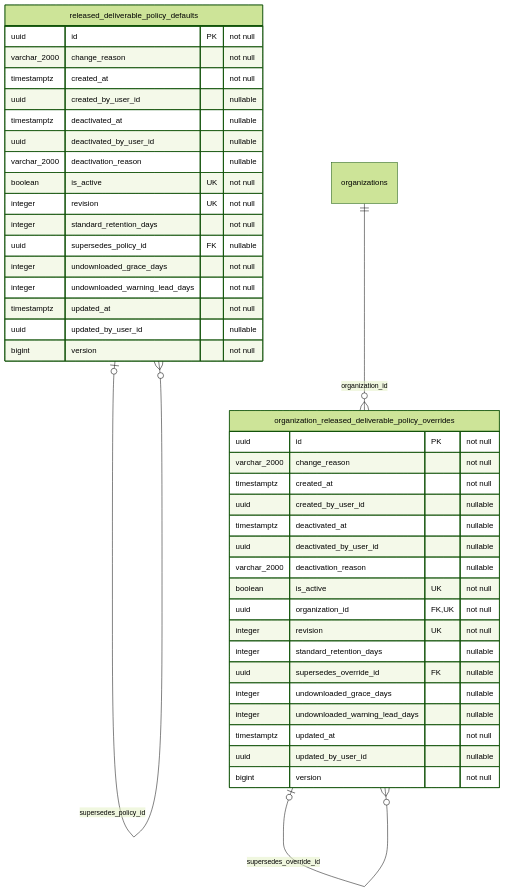
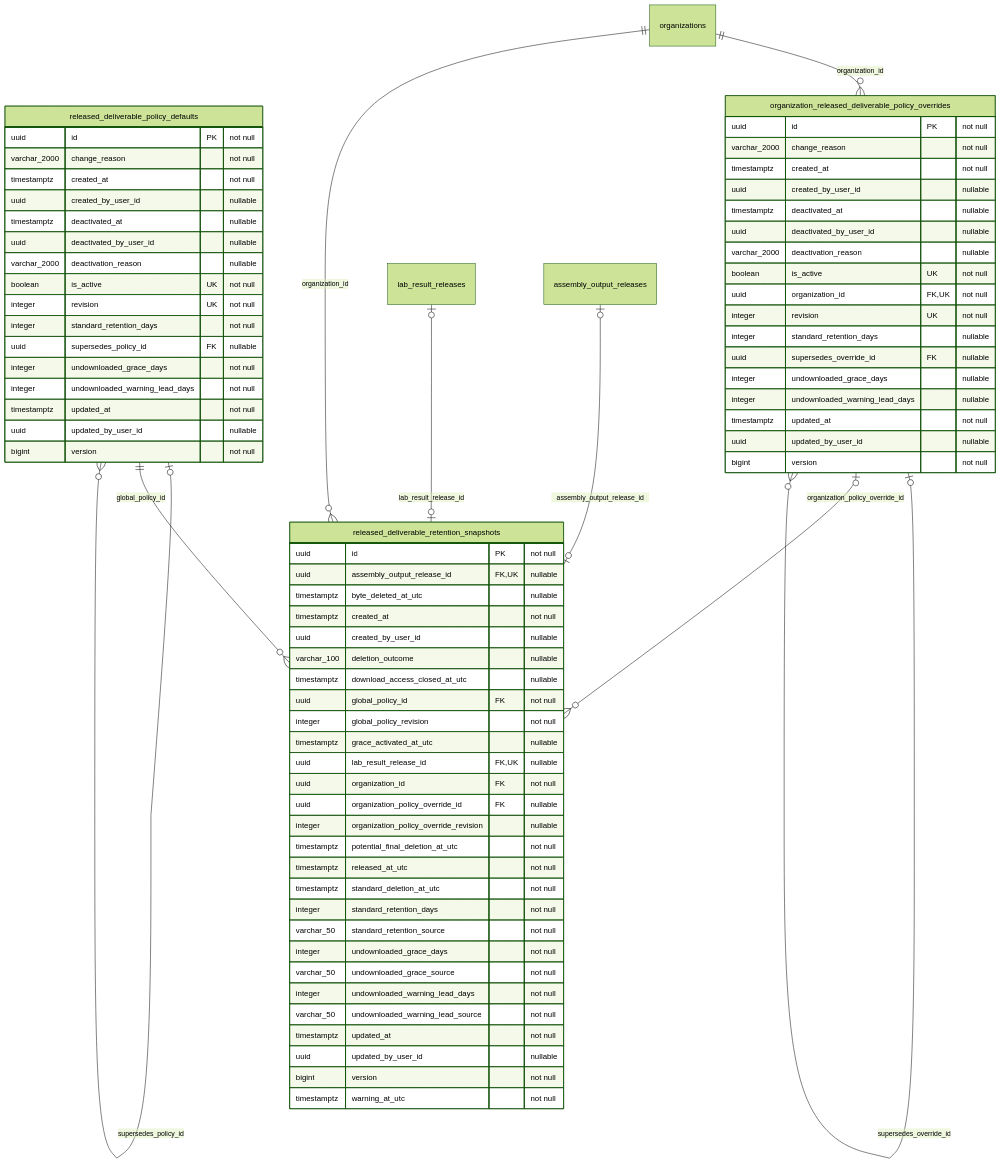
One commit to behaack/phaeno-ops-mgmt-system changed the third of 17 diagrams in docs/database-erd.md. Above: the diagram before and after it, drawn with Mermaid (forest theme). The commit also changed other lines of this file and 33 other files, not shown here.

Commit message:
Add released deliverable retention snapshots

````diff
--- a/docs/database-erd.md
+++ b/docs/database-erd.md
@@ -129,43 +129,77 @@
 ```mermaid
 erDiagram
     released_deliverable_policy_defaults {
         uuid id PK "not null"
         varchar_2000 change_reason "not null"
         timestamptz created_at "not null"
         uuid created_by_user_id "nullable"
         timestamptz deactivated_at "nullable"
         uuid deactivated_by_user_id "nullable"
         varchar_2000 deactivation_reason "nullable"
         boolean is_active UK "not null"
         integer revision UK "not null"
         integer standard_retention_days "not null"
         uuid supersedes_policy_id FK "nullable"
         integer undownloaded_grace_days "not null"
         integer undownloaded_warning_lead_days "not null"
         timestamptz updated_at "not null"
         uuid updated_by_user_id "nullable"
         bigint version "not null"
     }
     organization_released_deliverable_policy_overrides {
         uuid id PK "not null"
         varchar_2000 change_reason "not null"
         timestamptz created_at "not null"
         uuid created_by_user_id "nullable"
         timestamptz deactivated_at "nullable"
         uuid deactivated_by_user_id "nullable"
         varchar_2000 deactivation_reason "nullable"
         boolean is_active UK "not null"
         uuid organization_id FK,UK "not null"
         integer revision UK "not null"
         integer standard_retention_days "nullable"
         uuid supersedes_override_id FK "nullable"
         integer undownloaded_grace_days "nullable"
         integer undownloaded_warning_lead_days "nullable"
         timestamptz updated_at "not null"
         uuid updated_by_user_id "nullable"
         bigint version "not null"
     }
+    released_deliverable_retention_snapshots {
+        uuid id PK "not null"
+        uuid assembly_output_release_id FK,UK "nullable"
+        timestamptz byte_deleted_at_utc "nullable"
+        timestamptz created_at "not null"
+        uuid created_by_user_id "nullable"
+        varchar_100 deletion_outcome "nullable"
+        timestamptz download_access_closed_at_utc "nullable"
+        uuid global_policy_id FK "not null"
+        integer global_policy_revision "not null"
+        timestamptz grace_activated_at_utc "nullable"
+        uuid lab_result_release_id FK,UK "nullable"
+        uuid organization_id FK "not null"
+        uuid organization_policy_override_id FK "nullable"
+        integer organization_policy_override_revision "nullable"
+        timestamptz potential_final_deletion_at_utc "not null"
+        timestamptz released_at_utc "not null"
+        timestamptz standard_deletion_at_utc "not null"
+        integer standard_retention_days "not null"
+        varchar_50 standard_retention_source "not null"
+        integer undownloaded_grace_days "not null"
+        varchar_50 undownloaded_grace_source "not null"
+        integer undownloaded_warning_lead_days "not null"
+        varchar_50 undownloaded_warning_lead_source "not null"
+        timestamptz updated_at "not null"
+        uuid updated_by_user_id "nullable"
+        bigint version "not null"
+        timestamptz warning_at_utc "not null"
+    }
     organizations ||--o{ organization_released_deliverable_policy_overrides : "organization_id"
+    organizations ||--o{ released_deliverable_retention_snapshots : "organization_id"
     released_deliverable_policy_defaults o|--o{ released_deliverable_policy_defaults : "supersedes_policy_id"
+    released_deliverable_policy_defaults ||--o{ released_deliverable_retention_snapshots : "global_policy_id"
     organization_released_deliverable_policy_overrides o|--o{ organization_released_deliverable_policy_overrides : "supersedes_override_id"
+    organization_released_deliverable_policy_overrides o|--o{ released_deliverable_retention_snapshots : "organization_policy_override_id"
+    lab_result_releases o|--o| released_deliverable_retention_snapshots : "lab_result_release_id"
+    assembly_output_releases o|--o| released_deliverable_retention_snapshots : "assembly_output_release_id"
 ```
````
